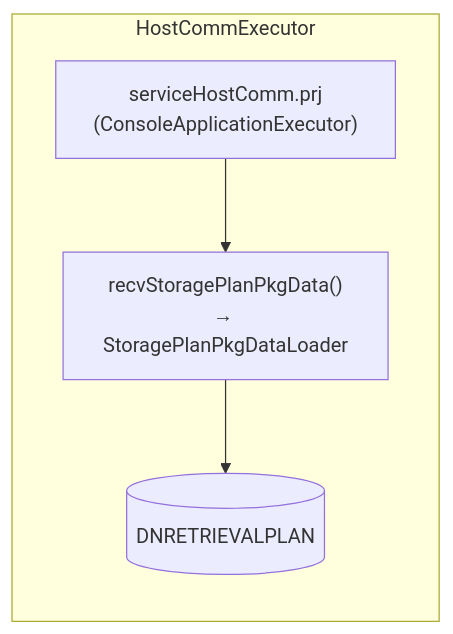
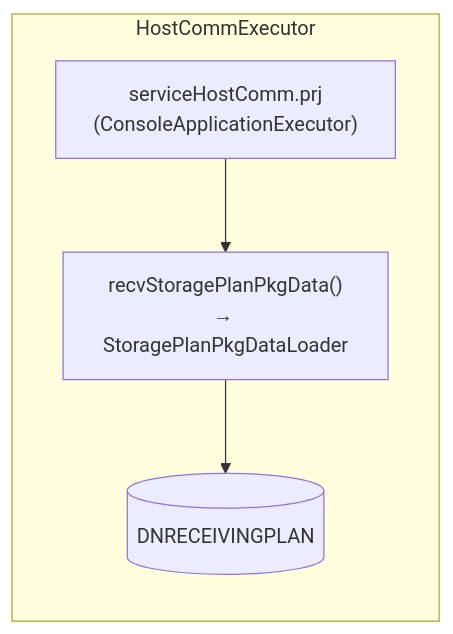
Before and after one commit to luthfiadityaa/SimeDarby-Wiki: the second of 2 diagrams in Basic-Design/Host-Interfaces/Receive-Method/Planned-Storage-PKG.md, drawn with Mermaid.

Commit message:
Updated Planned Storage PKG

```diff
--- a/Basic-Design/Host-Interfaces/Receive-Method/Planned-Storage-PKG.md
+++ b/Basic-Design/Host-Interfaces/Receive-Method/Planned-Storage-PKG.md
@@ -74,11 +74,11 @@
 ::: mermaid
 flowchart LR
 
 subgraph HostCommExecutor
         C1["serviceHostComm.prj<br>(ConsoleApplicationExecutor)"]
         C2["recvStoragePlanPkgData()<br>→ StoragePlanPkgDataLoader"]
-        C1 --> C2 --> insert[("DNRETRIEVALPLAN")]
+        C1 --> C2 --> insert[("DNRECEIVINGPLAN")]
 end
 
 HostCommExecutor
 :::
```
